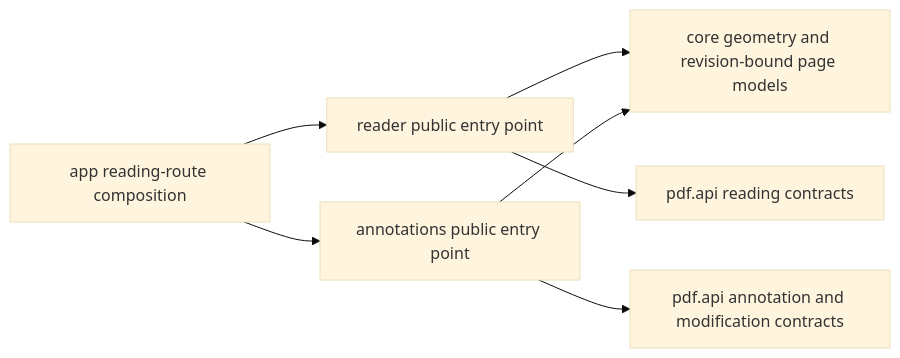
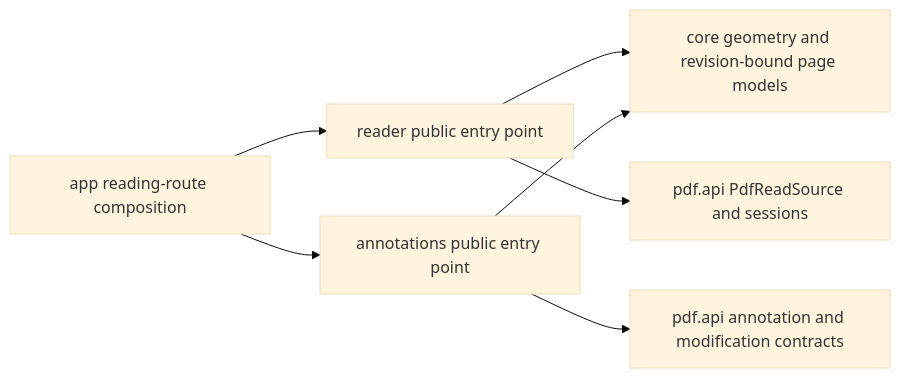
One commit to alexbonavila/PartiturasPDF changed the second of 2 diagrams in docs/architecture/ARCHITECTURE.md. Above: the diagram before and after it, drawn with Mermaid (base theme). The commit also changed other lines of this file and 2 other files, not shown here.

Commit message:
docs: clarify PDF read access and logical document references

````diff
--- a/docs/architecture/ARCHITECTURE.md
+++ b/docs/architecture/ARCHITECTURE.md
@@ -221,9 +229,9 @@
 ```mermaid
 flowchart LR
     Host[app reading-route composition] --> Reader[reader public entry point]
     Host --> Annot[annotations public entry point]
     Reader --> Geometry[core geometry and revision-bound page models]
     Annot --> Geometry
-    Reader --> ReadAPI[pdf.api reading contracts]
+    Reader --> ReadAPI[pdf.api PdfReadSource and sessions]
     Annot --> EditAPI[pdf.api annotation and modification contracts]
 ```
````
